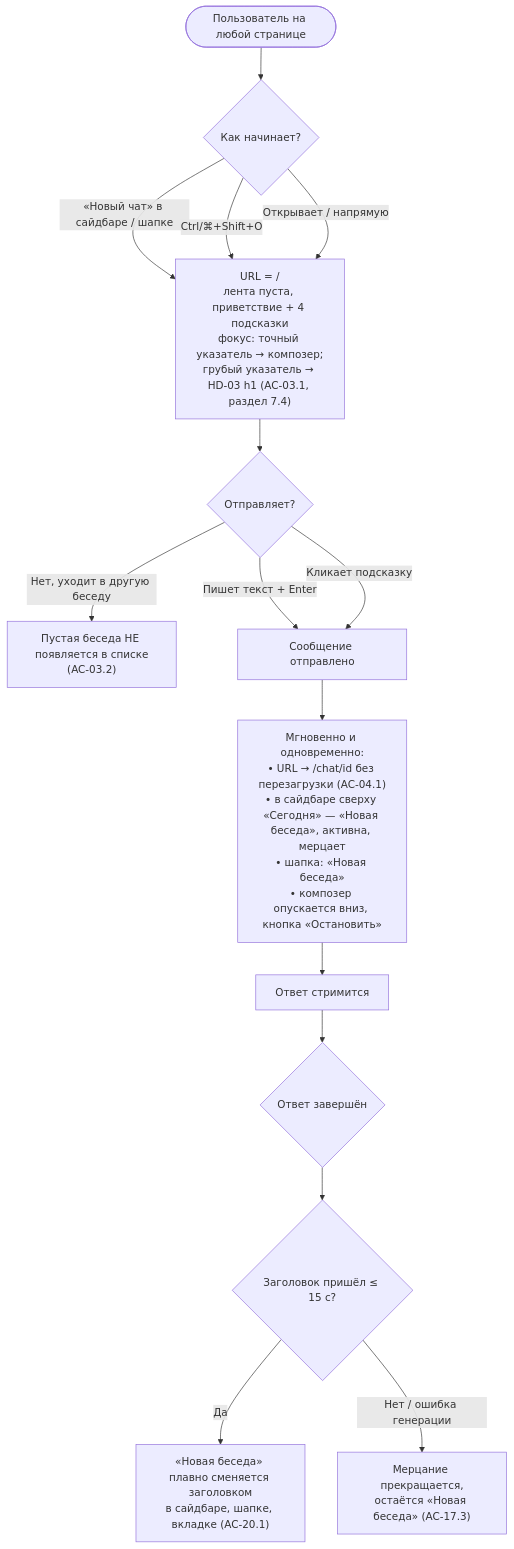
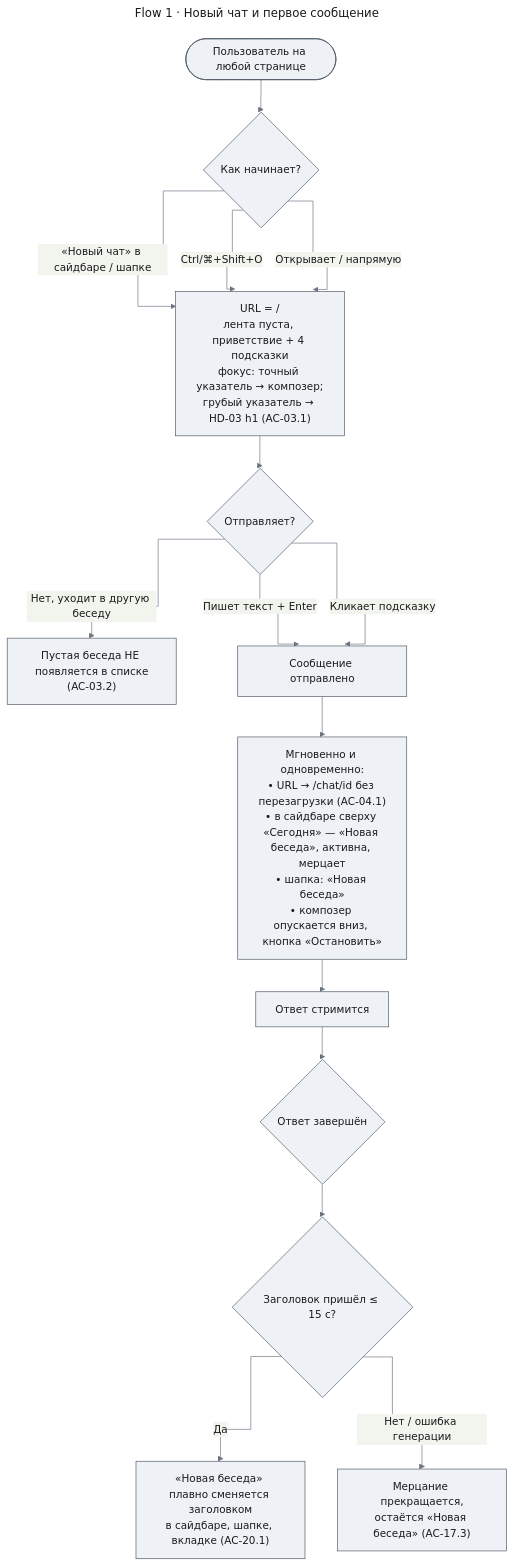
Before and after one commit to tundraray/agent-os: the sixth of 14 diagrams in docs/features/chat-shell/uxrd.md, drawn with Mermaid. The commit also changed other lines of this file and 10 other files, not shown here.

````diff
--- a/docs/features/chat-shell/uxrd.md
+++ b/docs/features/chat-shell/uxrd.md
@@ -178,17 +604,30 @@
 ```mermaid
+---
+title: "Flow 1 · Новый чат и первое сообщение"
+config:
+  theme: base
+  look: classic
+  themeVariables:
+    primaryColor: "#eef1f5"
+    primaryBorderColor: "#4b5563"
+    primaryTextColor: "#1a1a1a"
+    lineColor: "#6b7280"
+  flowchart:
+    curve: step
+---
 flowchart TD
     A([Пользователь на любой странице]) --> B{Как начинает?}
-    B -->|"«Новый чат» в сайдбаре / шапке"| C["URL = /<br/>лента пуста, приветствие + 4 подсказки<br/>фокус: точный указатель → композер;<br/>грубый указатель → HD-03 h1 (AC-03.1, раздел 7.4)"]
+    B -->|"«Новый чат» в сайдбаре / шапке"| C["URL = /<br/>лента пуста, приветствие + 4 подсказки<br/>фокус: точный указатель → композер;<br/>грубый указатель → HD-03 h1 (AC-03.1)"]
     B -->|Ctrl/⌘+Shift+O| C
     B -->|Открывает / напрямую| C
     C --> D{Отправляет?}
     D -->|Нет, уходит в другую беседу| E["Пустая беседа НЕ появляется в списке<br/>(AC-03.2)"]
     D -->|Пишет текст + Enter| F
     D -->|Кликает подсказку| F["Сообщение отправлено"]
     F --> G["Мгновенно и одновременно:<br/>• URL → /chat/id без перезагрузки (AC-04.1)<br/>• в сайдбаре сверху «Сегодня» — «Новая беседа», активна, мерцает<br/>• шапка: «Новая беседа»<br/>• композер опускается вниз, кнопка «Остановить»"]
     G --> H[Ответ стримится]
     H --> I{Ответ завершён}
     I --> J{Заголовок пришёл ≤ 15 с?}
     J -->|Да| K["«Новая беседа» плавно сменяется заголовком<br/>в сайдбаре, шапке, вкладке (AC-20.1)"]
     J -->|Нет / ошибка генерации| L["Мерцание прекращается,<br/>остаётся «Новая беседа» (AC-17.3)"]
 ```
````
